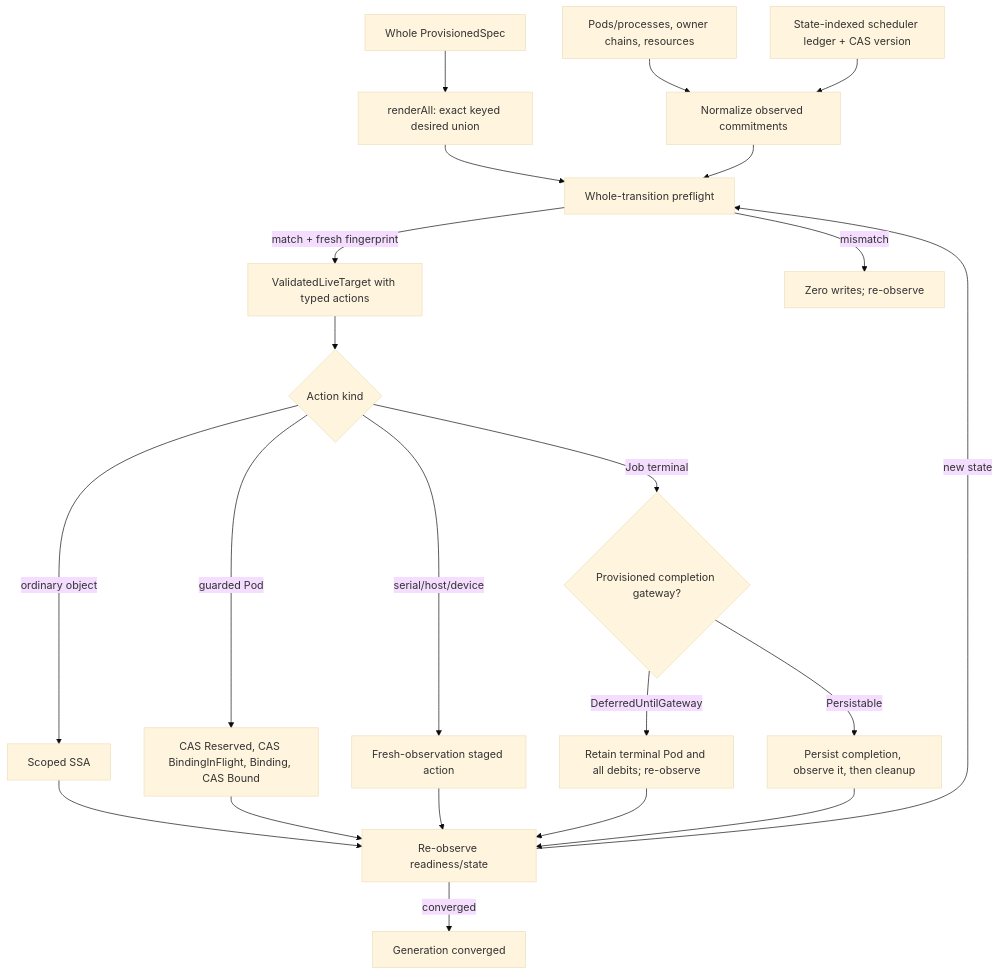
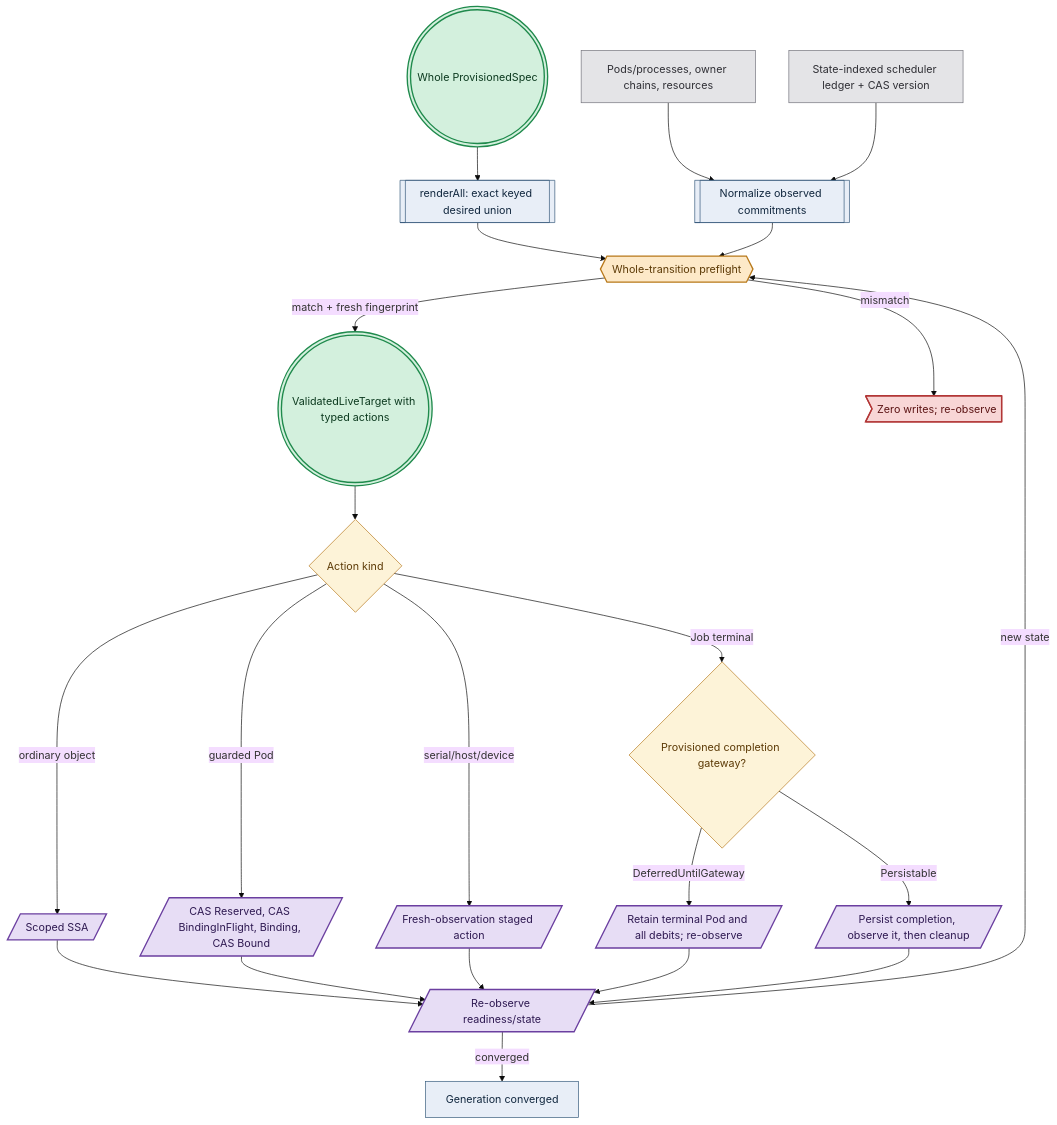
Before and after one commit to Tuee22/amoebius: the second of 4 diagrams in documents/engineering/manifest_generation_doctrine.md, drawn with Mermaid (base theme). The commit also changed other lines of this file and 36 other files, not shown here.

````diff
--- a/documents/engineering/manifest_generation_doctrine.md
+++ b/documents/engineering/manifest_generation_doctrine.md
@@ -477,24 +483,31 @@
 ```mermaid
 flowchart TD
-  checked[Whole ProvisionedSpec] --> desired[renderAll: exact keyed desired union]
-  live[Pods/processes, owner chains, resources] --> normalize[Normalize observed commitments]
-  ledger[State-indexed scheduler ledger + CAS version] --> normalize
-  desired --> preflight[Whole-transition preflight]
+  checked((("Whole ProvisionedSpec"))):::seal --> desired[["renderAll: exact keyed desired union"]]:::intent
+  live[Pods/processes, owner chains, resources]:::runtime --> normalize[["Normalize observed commitments"]]:::intent
+  ledger[State-indexed scheduler ledger + CAS version]:::runtime --> normalize
+  desired --> preflight{{"Whole-transition preflight"}}:::gate
   normalize --> preflight
-  preflight -->|match + fresh fingerprint| token[ValidatedLiveTarget with typed actions]
-  preflight -->|mismatch| refuse[Zero writes; re-observe]
-  token --> enact{Action kind}
-  enact -->|ordinary object| ssa[Scoped SSA]
-  enact -->|guarded Pod| sched[CAS Reserved, CAS BindingInFlight, Binding, CAS Bound]
-  enact -->|serial/host/device| staged[Fresh-observation staged action]
-  enact -->|Job terminal| jobplan{Provisioned completion gateway?}
-  jobplan -->|DeferredUntilGateway| retain[Retain terminal Pod and all debits; re-observe]
-  jobplan -->|Persistable| complete[Persist completion, observe it, then cleanup]
-  ssa --> observe[Re-observe readiness/state]
+  preflight -->|match + fresh fingerprint| token((("ValidatedLiveTarget with typed actions"))):::seal
+  preflight -->|mismatch| refuse>"Zero writes; re-observe"]:::refuse
+  token --> enact{Action kind}:::decision
+  enact -->|ordinary object| ssa[/"Scoped SSA"/]:::effect
+  enact -->|guarded Pod| sched[/"CAS Reserved, CAS BindingInFlight, Binding, CAS Bound"/]:::effect
+  enact -->|serial/host/device| staged[/"Fresh-observation staged action"/]:::effect
+  enact -->|Job terminal| jobplan{Provisioned completion gateway?}:::decision
+  jobplan -->|DeferredUntilGateway| retain[/"Retain terminal Pod and all debits; re-observe"/]:::effect
+  jobplan -->|Persistable| complete[/"Persist completion, observe it, then cleanup"/]:::effect
+  ssa --> observe[/"Re-observe readiness/state"/]:::effect
   sched --> observe
   staged --> observe
   retain --> observe
   complete --> observe
-  observe -->|converged| done[Generation converged]
+  observe -->|converged| done[Generation converged]:::intent
   observe -->|new state| preflight
+  classDef intent   fill:#e8eef7,stroke:#33587a,color:#12283f,stroke-width:1px
+  classDef gate     fill:#fde9c8,stroke:#b8791b,color:#5c3a06,stroke-width:2px
+  classDef decision fill:#fdf3d8,stroke:#b8791b,color:#5c3a06,stroke-width:1px
+  classDef effect   fill:#e7ddf5,stroke:#6b3fa0,color:#2f1a52,stroke-width:2px
+  classDef seal     fill:#d3f0dd,stroke:#1f8a4c,color:#0c3a1f,stroke-width:2px
+  classDef refuse   fill:#f8d6d6,stroke:#b23636,color:#5c1414,stroke-width:2px
+  classDef runtime  fill:#e4e4e7,stroke:#71717a,color:#2f2f35,stroke-width:1px
 ```
````
